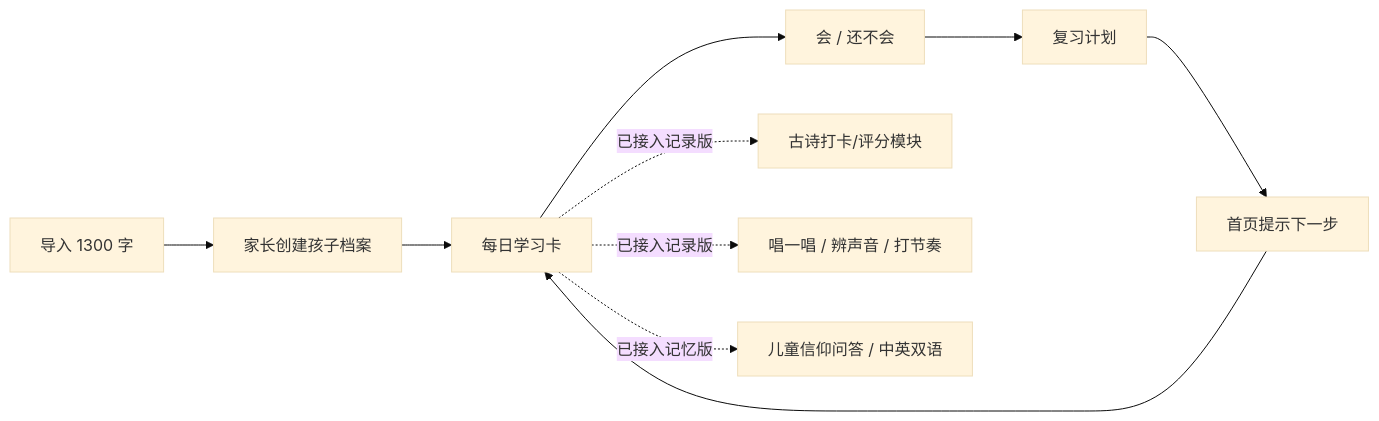
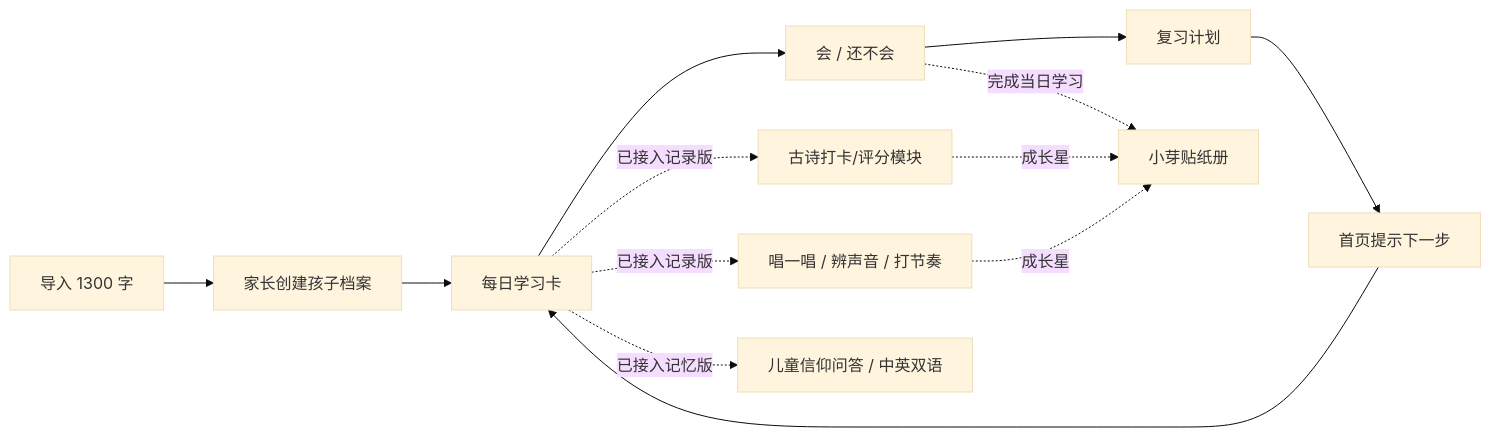
Before and after one commit to FisherUp11/Fisher_Learning_System: the diagram in README.md, drawn with Mermaid (base theme). The commit also changed other lines of this file and 30 other files, not shown here.

````diff
--- a/README.md
+++ b/README.md
@@ -58,12 +59,15 @@
 ```mermaid
 flowchart LR
   A[导入 1300 字] --> B[家长创建孩子档案]
   B --> C[每日学习卡]
   C --> D[会 / 还不会]
   D --> E[复习计划]
   E --> F[首页提示下一步]
   F --> C
   C -.已接入记录版.-> G[古诗打卡/评分模块]
   C -.已接入记录版.-> H[唱一唱 / 辨声音 / 打节奏]
   C -.已接入记忆版.-> I[儿童信仰问答 / 中英双语]
+  D -.完成当日学习.-> J[小芽贴纸册]
+  G -.成长星.-> J
+  H -.成长星.-> J
 ```
````
